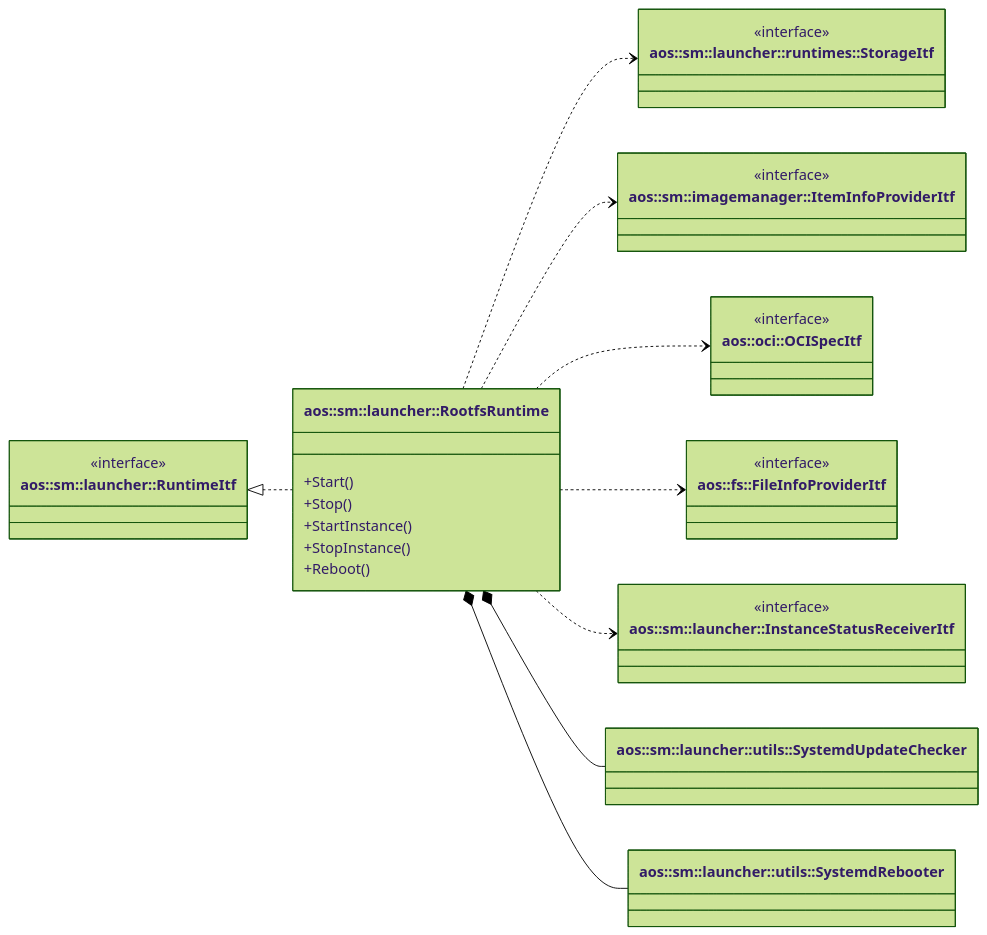
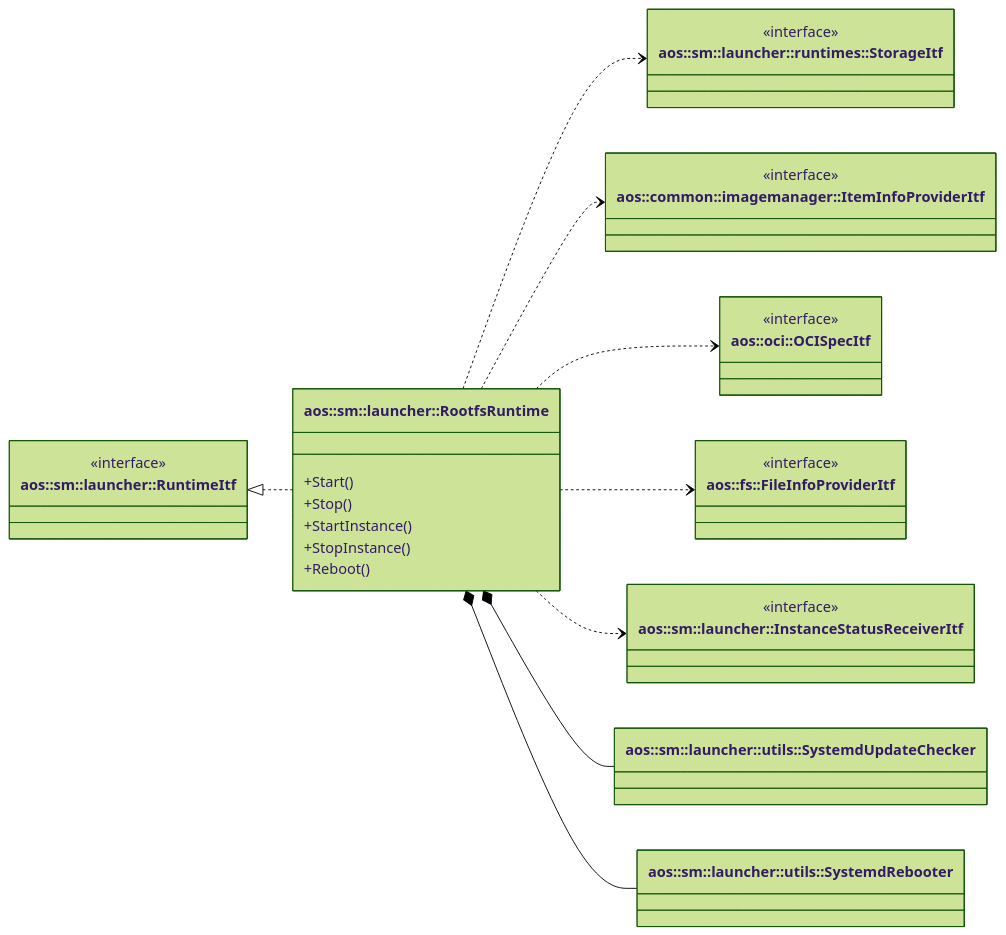
Before and after one commit to aosedge/aos_core_cpp: the first of 4 diagrams in src/sm/launcher/runtimes/rootfs/rootfs.md, drawn with Mermaid (forest theme). The commit also changed other lines of this file and 14 other files, not shown here.

Commit message:
sm: launcher: fix ItemInfoProviderItf namespace

````diff
--- a/src/sm/launcher/runtimes/rootfs/rootfs.md
+++ b/src/sm/launcher/runtimes/rootfs/rootfs.md
@@ -46,41 +47,41 @@
 ```mermaid
 classDiagram
     direction LR
 
     class RuntimeItf ["aos::sm::launcher::RuntimeItf"] {
         <<interface>>
     }
     class RootfsRuntime ["aos::sm::launcher::RootfsRuntime"] {
         +Start()
         +Stop()
         +StartInstance()
         +StopInstance()
         +Reboot()
     }
     class StorageItf ["aos::sm::launcher::runtimes::StorageItf"] {
         <<interface>>
     }
-    class ItemInfoProviderItf ["aos::sm::imagemanager::ItemInfoProviderItf"] {
+    class ItemInfoProviderItf ["aos::common::imagemanager::ItemInfoProviderItf"] {
         <<interface>>
     }
     class OCISpecItf ["aos::oci::OCISpecItf"] {
         <<interface>>
     }
     class FileInfoProviderItf ["aos::fs::FileInfoProviderItf"] {
         <<interface>>
     }
     class InstanceStatusReceiverItf ["aos::sm::launcher::InstanceStatusReceiverItf"] {
         <<interface>>
     }
     class SystemdUpdateChecker ["aos::sm::launcher::utils::SystemdUpdateChecker"]
     class SystemdRebooter ["aos::sm::launcher::utils::SystemdRebooter"]
 
     RuntimeItf <|.. RootfsRuntime
     RootfsRuntime ..> StorageItf
     RootfsRuntime ..> ItemInfoProviderItf
     RootfsRuntime ..> OCISpecItf
     RootfsRuntime ..> FileInfoProviderItf
     RootfsRuntime ..> InstanceStatusReceiverItf
     RootfsRuntime *-- SystemdUpdateChecker
     RootfsRuntime *-- SystemdRebooter
 ```
````
